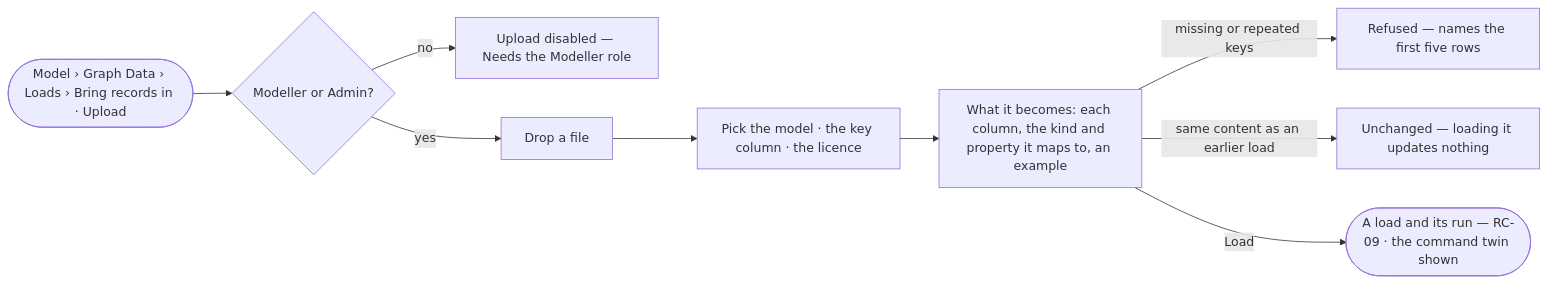
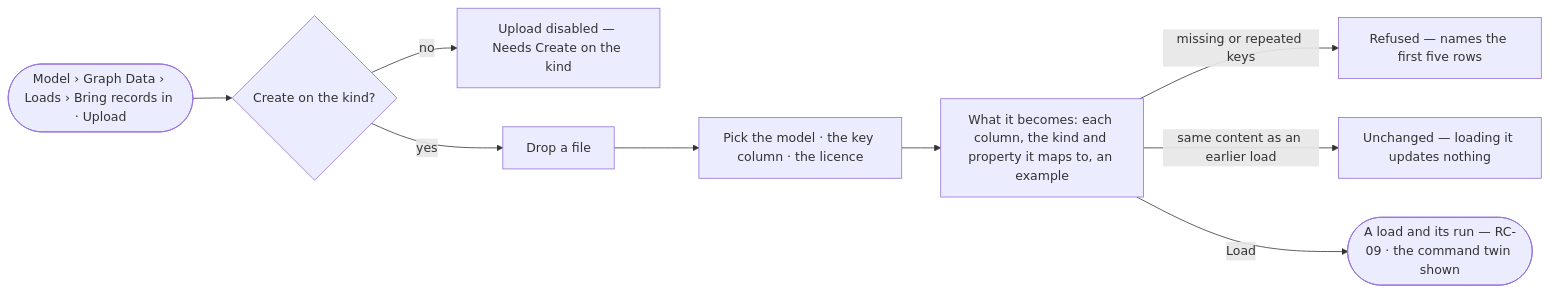
Before and after one commit to invana/invana: the diagram in specs/capabilities/records/features/RC-F02-bring-records-in/stories/RC-08-upload-a-file-into-a-model/story.md, drawn with Mermaid. The commit also changed other lines of this file and 236 other files, not shown here.

First line of the commit message:
docs(specs): grant by permission, not role, across access and records

````diff
--- a/specs/capabilities/records/features/RC-F02-bring-records-in/stories/RC-08-upload-a-file-into-a-model/story.md
+++ b/specs/capabilities/records/features/RC-F02-bring-records-in/stories/RC-08-upload-a-file-into-a-model/story.md
@@ -28,11 +28,11 @@
 ```mermaid
 flowchart LR
-  a([Model › Graph Data › Loads › Bring records in · Upload]) --> g{Modeller or Admin?}
-  g -->|no| na["Upload disabled — Needs the Modeller role"]
+  a([Model › Graph Data › Loads › Bring records in · Upload]) --> g{Create on the kind?}
+  g -->|no| na["Upload disabled — Needs Create on the kind"]
   g -->|yes| f["Drop a file"]
   f --> m["Pick the model · the key column · the licence"]
   m --> p["What it becomes: each column, the kind and property it maps to, an example"]
   p -->|missing or repeated keys| x["Refused — names the first five rows"]
   p -->|same content as an earlier load| u["Unchanged — loading it updates nothing"]
   p -->|Load| run(["A load and its run — RC-09 · the command twin shown"])
 ```
````
